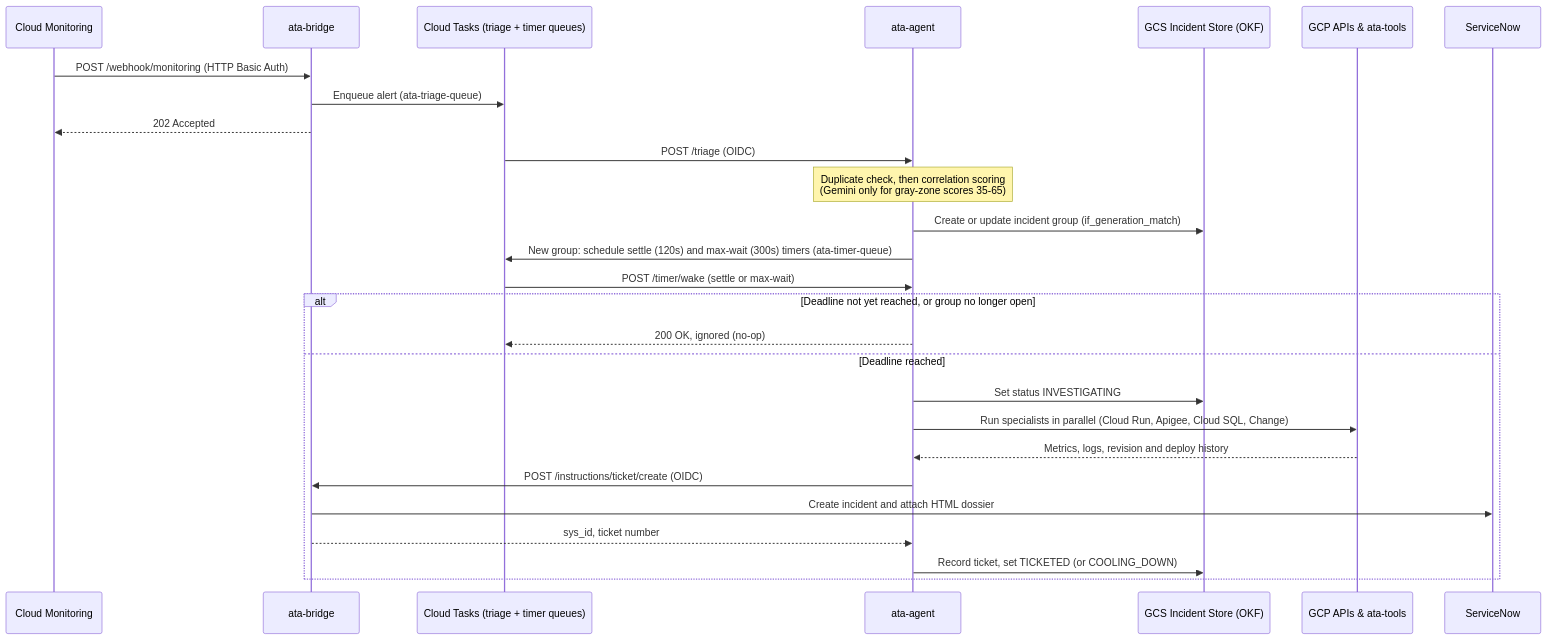
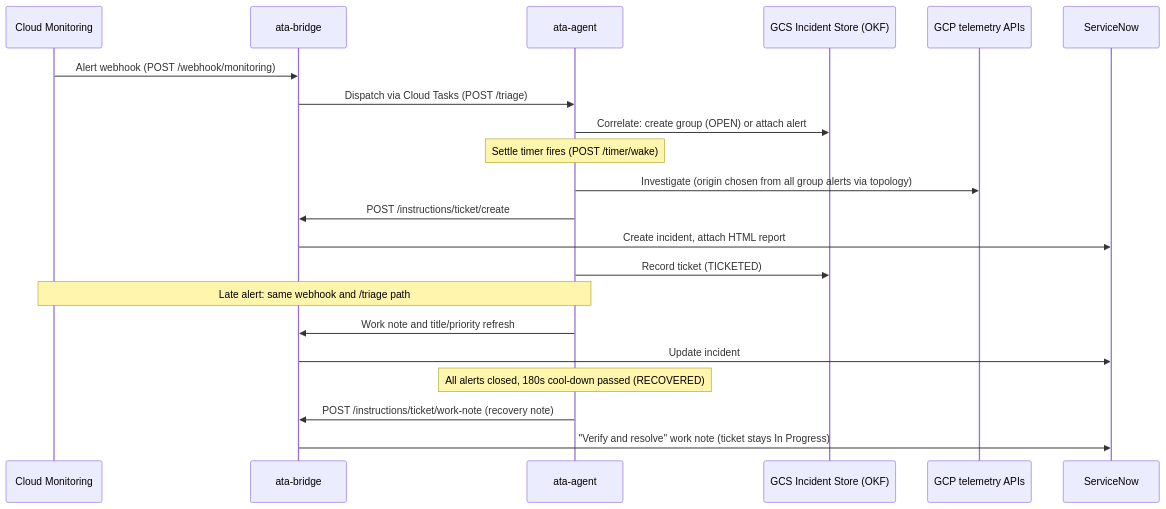
The diagram in alert-triage-agent/README.md (ssvaidyanathan/autocloud-prototypes), drawn with Mermaid before and after one commit. The commit also changed other lines of this file, not shown here.

````diff
--- a/alert-triage-agent/README.md
+++ b/alert-triage-agent/README.md
@@ -146,32 +146,24 @@
 ```mermaid
 sequenceDiagram
     participant Monitoring as Cloud Monitoring
     participant Bridge as ata-bridge
-    participant Tasks as Cloud Tasks (triage + timer queues)
     participant Agent as ata-agent
     participant OKF as GCS Incident Store (OKF)
-    participant Telemetry as GCP APIs & ata-tools
+    participant Telemetry as GCP telemetry APIs
     participant ServiceNow as ServiceNow
 
-    Monitoring->>Bridge: POST /webhook/monitoring (HTTP Basic Auth)
-    Bridge->>Tasks: Enqueue alert (ata-triage-queue)
-    Bridge-->>Monitoring: 202 Accepted
-
-    Tasks->>Agent: POST /triage (OIDC)
-    Note over Agent: Duplicate check, then correlation scoring<br/>(Gemini only for gray-zone scores 35-65)
-    Agent->>OKF: Create or update incident group (if_generation_match)
-    Agent->>Tasks: New group: schedule settle (120s) and max-wait (300s) timers (ata-timer-queue)
-
-    Tasks->>Agent: POST /timer/wake (settle or max-wait)
-    alt Deadline not yet reached, or group no longer open
-        Agent-->>Tasks: 200 OK, ignored (no-op)
-    else Deadline reached
-        Agent->>OKF: Set status INVESTIGATING
-        Agent->>Telemetry: Run specialists in parallel (Cloud Run, Apigee, Cloud SQL, Change)
-        Telemetry-->>Agent: Metrics, logs, revision and deploy history
-        Agent->>Bridge: POST /instructions/ticket/create (OIDC)
-        Bridge->>ServiceNow: Create incident and attach HTML dossier
-        Bridge-->>Agent: sys_id, ticket number
-        Agent->>OKF: Record ticket, set TICKETED (or COOLING_DOWN)
-    end
+    Monitoring->>Bridge: Alert webhook (POST /webhook/monitoring)
+    Bridge->>Agent: Dispatch via Cloud Tasks (POST /triage)
+    Agent->>OKF: Correlate: create group (OPEN) or attach alert
+    Note over Agent: Settle timer fires (POST /timer/wake)
+    Agent->>Telemetry: Investigate (origin chosen from all group alerts via topology)
+    Agent->>Bridge: POST /instructions/ticket/create
+    Bridge->>ServiceNow: Create incident, attach HTML report
+    Agent->>OKF: Record ticket (TICKETED)
+    Note over Monitoring,Agent: Late alert: same webhook and /triage path
+    Agent->>Bridge: Work note and title/priority refresh
+    Bridge->>ServiceNow: Update incident
+    Note over Agent: All alerts closed, 180s cool-down passed (RECOVERED)
+    Agent->>Bridge: POST /instructions/ticket/work-note (recovery note)
+    Bridge->>ServiceNow: "Verify and resolve" work note (ticket stays In Progress)
 ```
````
